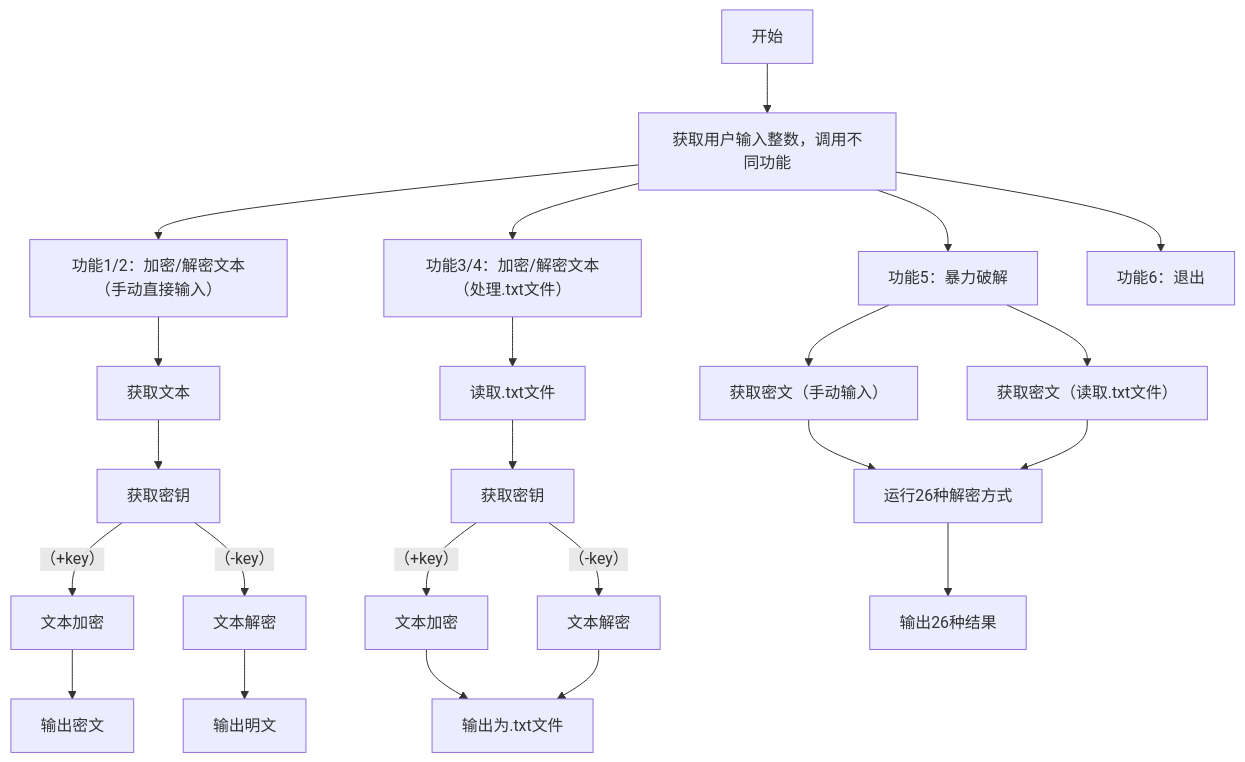
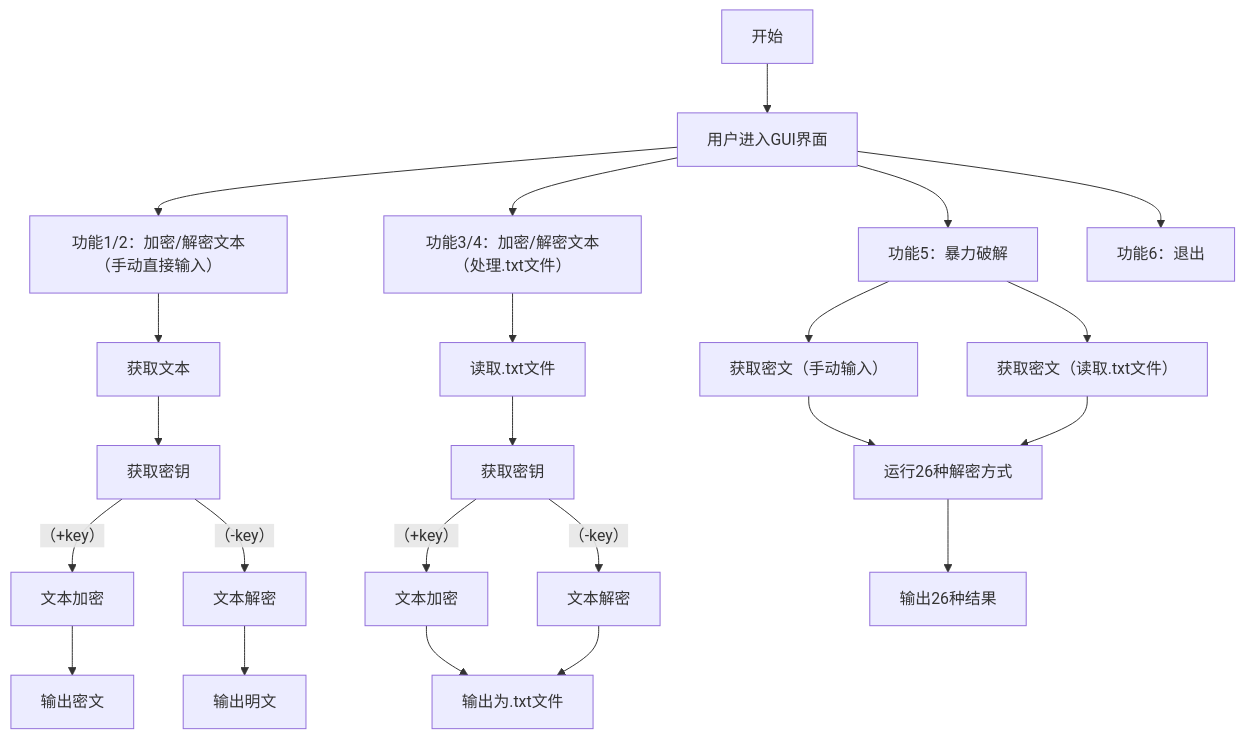
One commit to Python-Programming-2026/project1-caesar-cipher-super-awesome-team changed the diagram in README.md. Above: the diagram before and after it, drawn with Mermaid.

````diff
--- a/README.md
+++ b/README.md
@@ -49,30 +49,30 @@
 ```mermaid
 flowchart TD
-  A[开始] --> B[获取用户输入整数，调用不同功能]
+  A[开始] --> B[用户进入GUI界面]
   B --> C[功能1/2：加密/解密文本（手动直接输入）]
   B --> E[功能3/4：加密/解密文本（处理.txt文件）]
   B --> G[功能5：暴力破解]
   B --> H[功能6：退出]
 
   C --> C1[获取文本]
   C1 --> C2[获取密钥]
   C2 --（+key）--> C3[文本加密]
   C2 --（-key）--> C4[文本解密]
 
   C3 --> C5[输出密文]
   C4 --> C6[输出明文]
 
   E --> D[读取.txt文件]
   D --> F[获取密钥]
   F --（+key）--> F3[文本加密]
   F --（-key）--> F4[文本解密]
   F3 --> F5[输出为.txt文件]
   F4 --> F5[输出为.txt文件]
 
   G --> G1[获取密文（手动输入）]
   G --> G2[获取密文（读取.txt文件）]
   G1 --> G11[运行26种解密方式]
   G2 --> G11
   G11 --> G111[输出26种结果]
   
   ```
````
